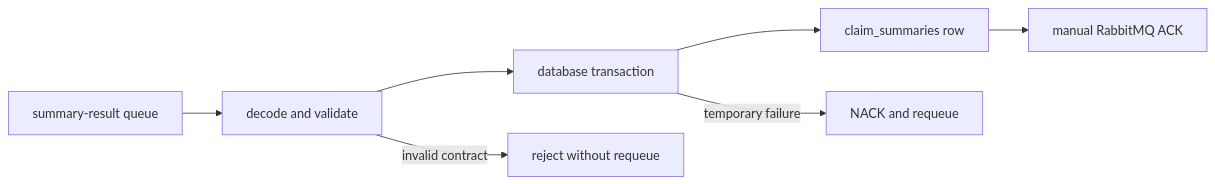
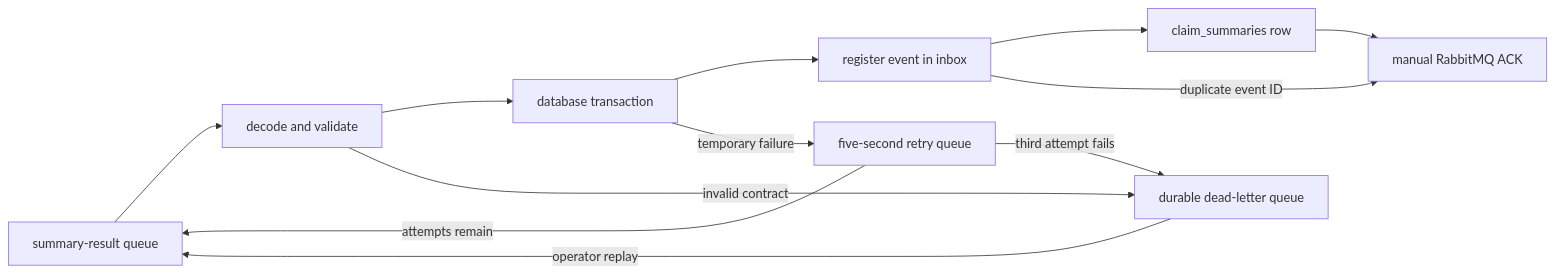
One commit to rt694/insurance-claims-integration-platform changed the third of 3 diagrams in README.md. Above: the diagram before and after it, drawn with Mermaid. The commit also changed other lines of this file and 23 other files, not shown here.

````diff
--- a/README.md
+++ b/README.md
@@ -302,9 +308,14 @@
 ```mermaid
 flowchart LR
     Q["summary-result queue"] --> D["decode and validate"]
     D --> T["database transaction"]
-    T --> S["claim_summaries row"]
+    T --> I["register event in inbox"]
+    I --> S["claim_summaries row"]
     S --> A["manual RabbitMQ ACK"]
-    D -->|"invalid contract"| R["reject without requeue"]
-    T -->|"temporary failure"| N["NACK and requeue"]
+    I -->|"duplicate event ID"| A
+    D -->|"invalid contract"| DLQ["durable dead-letter queue"]
+    T -->|"temporary failure"| R["five-second retry queue"]
+    R -->|"attempts remain"| Q
+    R -->|"third attempt fails"| DLQ
+    DLQ -->|"operator replay"| Q
 ```
````
